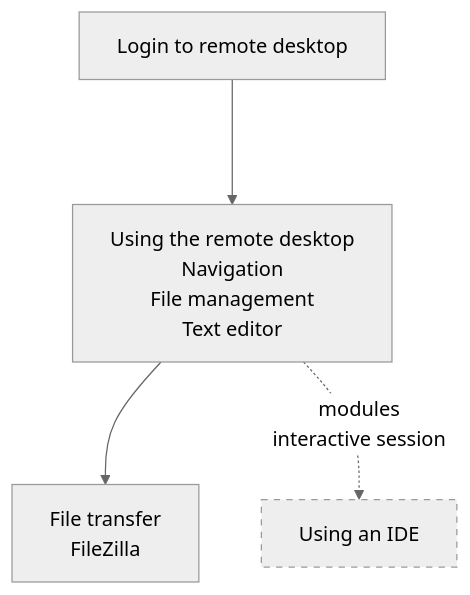
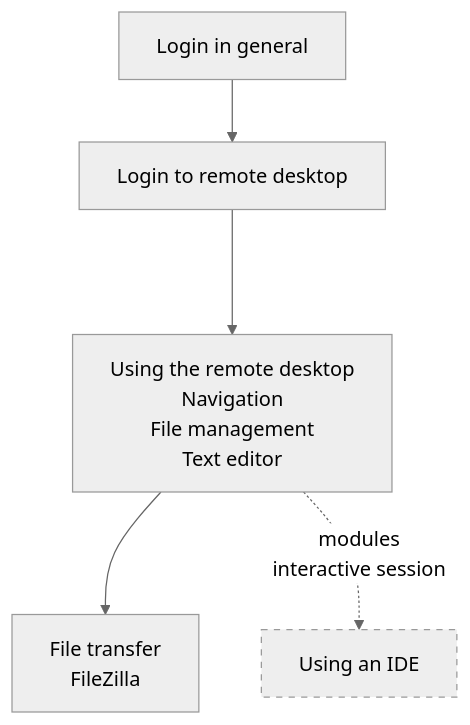
Before and after one commit to UPPMAX/uppmax_intro_day_1: the diagram in docs/sessions/introduction_visual.md, drawn with Mermaid (neutral theme).

Commit message:
Add node

````diff
--- a/docs/sessions/introduction_visual.md
+++ b/docs/sessions/introduction_visual.md
@@ -14,16 +14,18 @@
 ```mermaid
 flowchart TD
   classDef not_yet_node stroke-dasharray: 5 5
   %% style  fill:#bbf,stroke:#f66,stroke-width:2px,color:#fff,stroke-dasharray: 5 5
 
 
+  login[Login in general]
   login_remote_desktop[Login to remote desktop]
   use_remote_desktop[Using the remote desktop\nNavigation\nFile management\nText editor]
   file_transfer_filezilla[File transfer\nFileZilla]
   use_ide[Using an IDE]:::not_yet_node
 
   %% GUI
+  login --> login_remote_desktop
   login_remote_desktop ---> use_remote_desktop
   use_remote_desktop --> file_transfer_filezilla
   use_remote_desktop -.-> |modules\ninteractive session| use_ide
 ```
````
